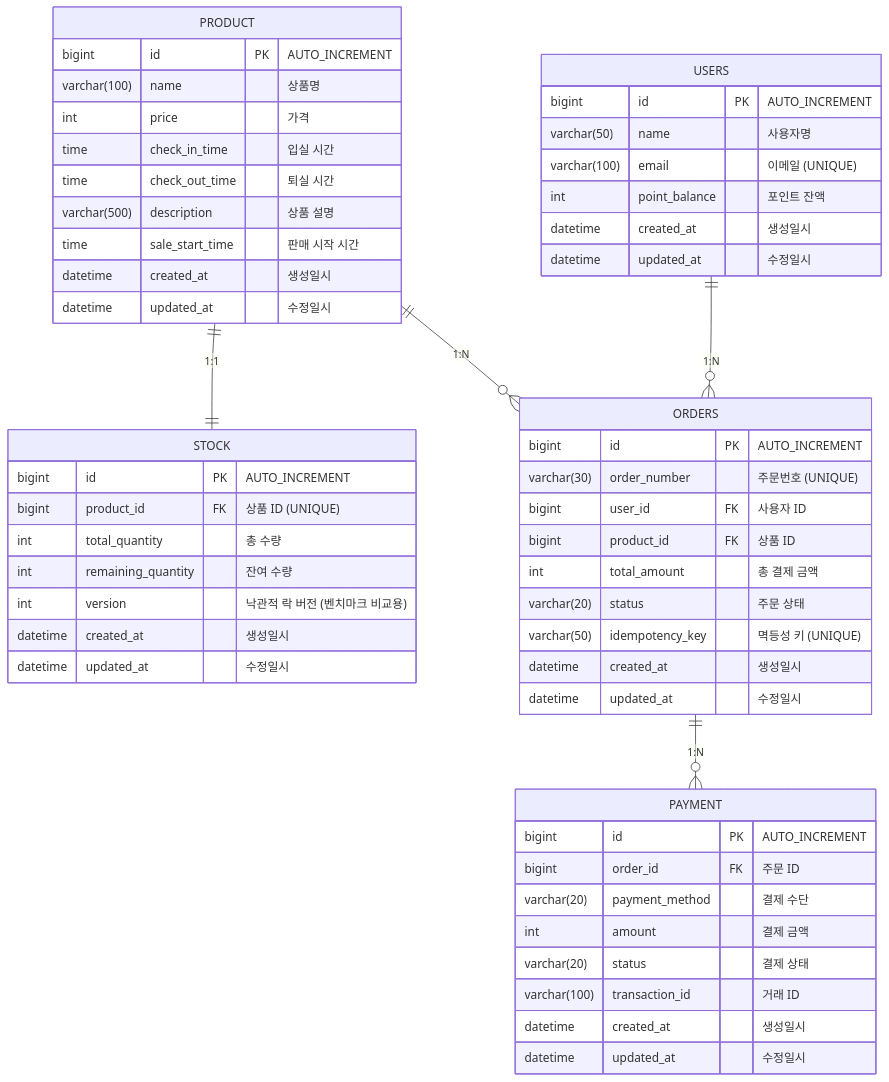
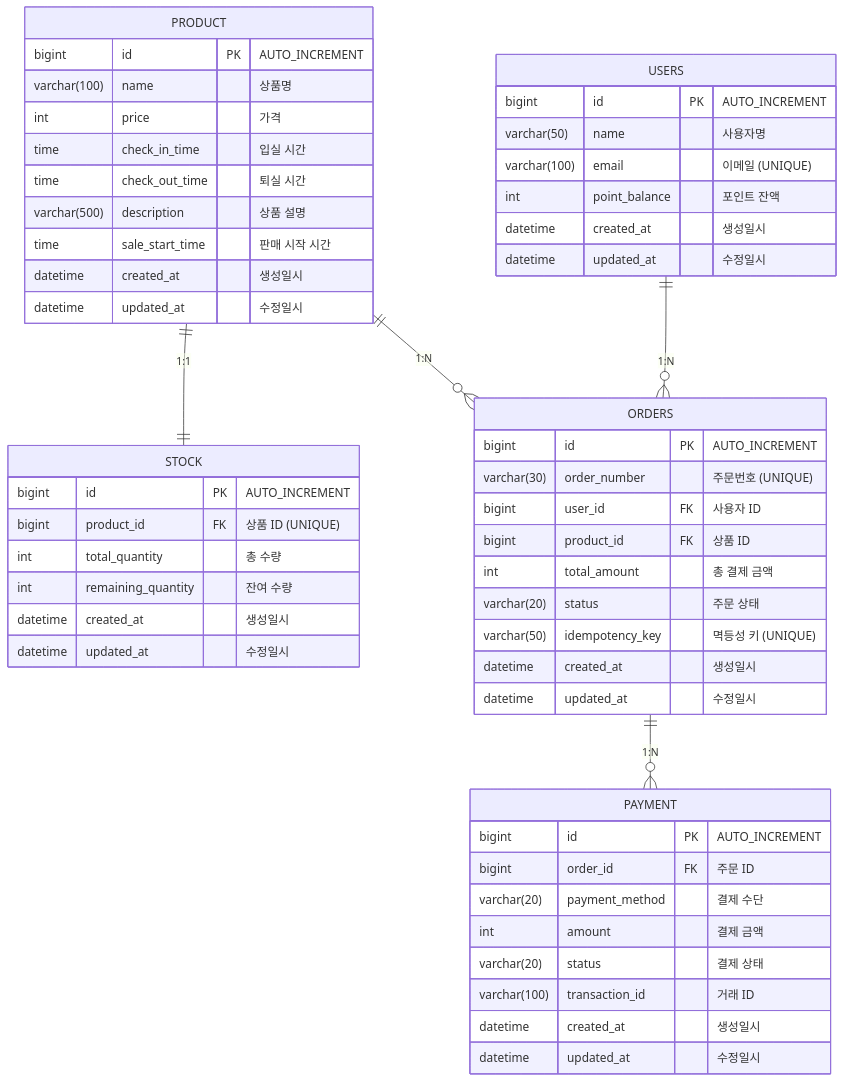
Before and after one commit to hyunmin0317/reservation-payment-platform: the diagram in docs/erd.md, drawn with Mermaid. The commit also changed other lines of this file and 5 other files, not shown here.

First line of the commit message:
refactor: 낙관적 락 벤치마크 비교용 코드 삭제 (#173)

````diff
--- a/docs/erd.md
+++ b/docs/erd.md
@@ -5,61 +5,60 @@
 ```mermaid
 erDiagram
     PRODUCT {
         bigint id PK "AUTO_INCREMENT"
         varchar(100) name "상품명"
         int price "가격"
         time check_in_time "입실 시간"
         time check_out_time "퇴실 시간"
         varchar(500) description "상품 설명"
         time sale_start_time "판매 시작 시간"
         datetime created_at "생성일시"
         datetime updated_at "수정일시"
     }
 
     STOCK {
         bigint id PK "AUTO_INCREMENT"
         bigint product_id FK "상품 ID (UNIQUE)"
         int total_quantity "총 수량"
         int remaining_quantity "잔여 수량"
-        int version "낙관적 락 버전 (벤치마크 비교용)"
         datetime created_at "생성일시"
         datetime updated_at "수정일시"
     }
 
     USERS {
         bigint id PK "AUTO_INCREMENT"
         varchar(50) name "사용자명"
         varchar(100) email "이메일 (UNIQUE)"
         int point_balance "포인트 잔액"
         datetime created_at "생성일시"
         datetime updated_at "수정일시"
     }
 
     ORDERS {
         bigint id PK "AUTO_INCREMENT"
         varchar(30) order_number "주문번호 (UNIQUE)"
         bigint user_id FK "사용자 ID"
         bigint product_id FK "상품 ID"
         int total_amount "총 결제 금액"
         varchar(20) status "주문 상태"
         varchar(50) idempotency_key "멱등성 키 (UNIQUE)"
         datetime created_at "생성일시"
         datetime updated_at "수정일시"
     }
 
     PAYMENT {
         bigint id PK "AUTO_INCREMENT"
         bigint order_id FK "주문 ID"
         varchar(20) payment_method "결제 수단"
         int amount "결제 금액"
         varchar(20) status "결제 상태"
         varchar(100) transaction_id "거래 ID"
         datetime created_at "생성일시"
         datetime updated_at "수정일시"
     }
 
     PRODUCT ||--|| STOCK : "1:1"
     USERS ||--o{ ORDERS : "1:N"
     PRODUCT ||--o{ ORDERS : "1:N"
     ORDERS ||--o{ PAYMENT : "1:N"
 ```
````
